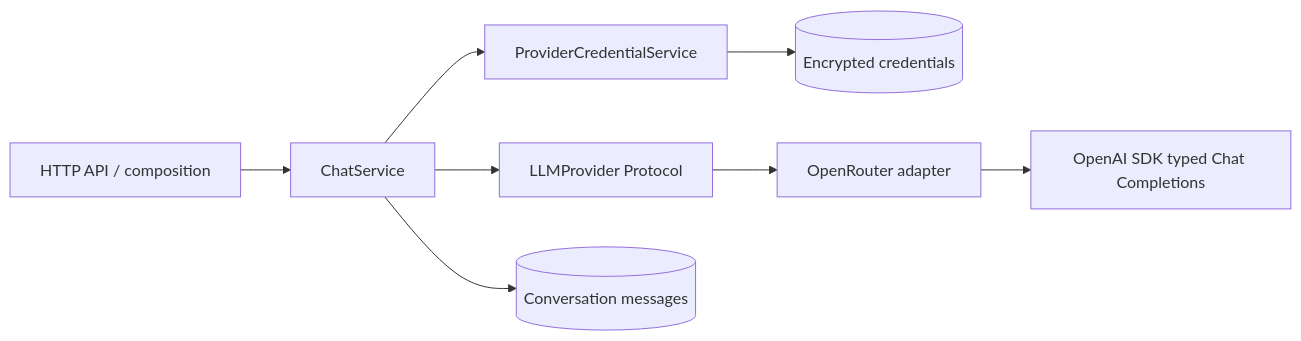
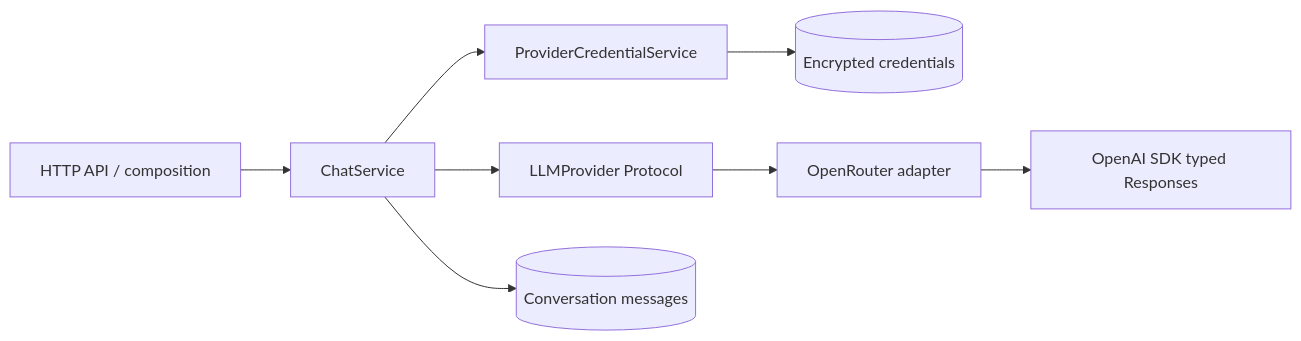
The diagram in README.md (byxsssn/ai-workspace), drawn with Mermaid before and after one commit. The commit also changed other lines of this file and 4 other files, not shown here.

Commit message:
refactor: migrate OpenRouter to Responses API

````diff
--- a/README.md
+++ b/README.md
@@ -28,10 +28,10 @@
 ```mermaid
 flowchart LR
     API[HTTP API / composition] --> Chat[ChatService]
     Chat --> Credentials[ProviderCredentialService]
     Credentials --> DB[(Encrypted credentials)]
     Chat --> Contract[LLMProvider Protocol]
     Contract --> Router[OpenRouter adapter]
-    Router --> SDK[OpenAI SDK typed Chat Completions]
+    Router --> SDK[OpenAI SDK typed Responses]
     Chat --> Messages[(Conversation messages)]
 ```
````
